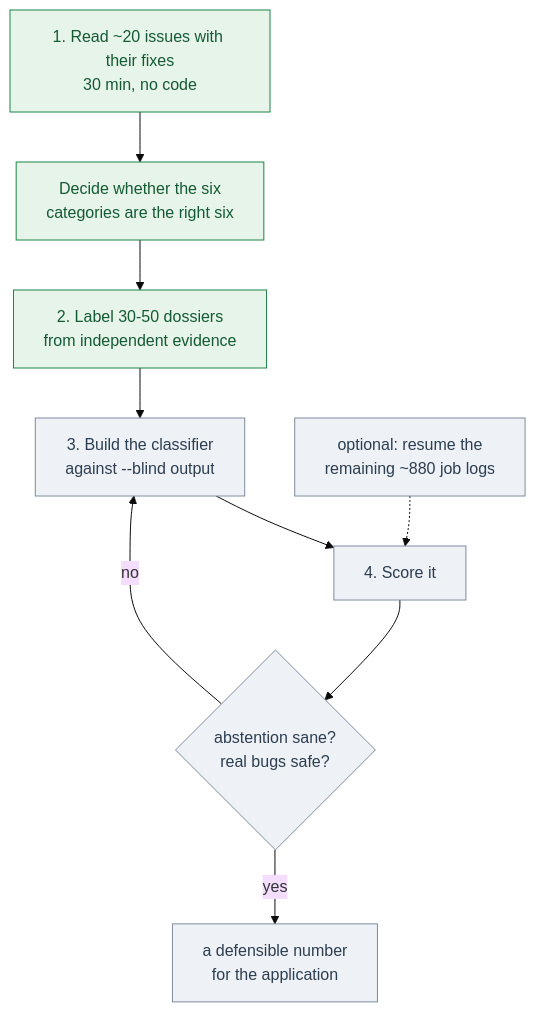
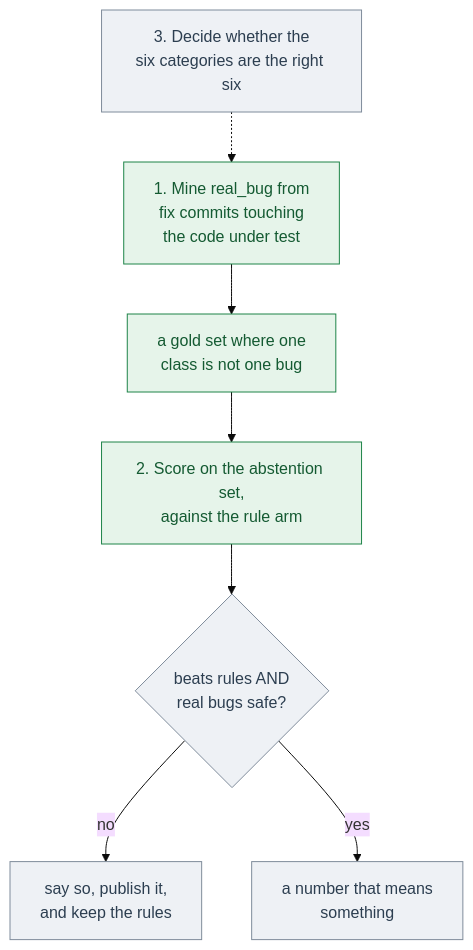
One commit to Somay-kousis/podman-flake-agent changed the fifth of 5 diagrams in docs/HANDBOOK.md. Above: the diagram before and after it, drawn with Mermaid (base theme). The commit also changed other lines of this file and 8 other files, not shown here.

````diff
--- a/docs/HANDBOOK.md
+++ b/docs/HANDBOOK.md
@@ -622,17 +632,15 @@
 ```mermaid
 flowchart TD
-    A["1. Read ~20 issues with their fixes<br/>30 min, no code"] --> B["Decide whether the six<br/>categories are the right six"]
-    B --> C["2. Label 30-50 dossiers<br/>from independent evidence"]
-    C --> D["3. Build the classifier<br/>against --blind output"]
-    D --> E["4. Score it"]
-    E --> F{"abstention sane?<br/>real bugs safe?"}
-    F -->|"no"| D
-    F -->|"yes"| G["a defensible number<br/>for the application"]
+    A["1. Mine real_bug from<br/>fix commits touching<br/>the code under test"] --> B["a gold set where one<br/>class is not one bug"]
+    B --> C["2. Score on the abstention set,<br/>against the rule arm"]
+    C --> D{"beats rules AND<br/>real bugs safe?"}
+    D -->|"no"| E["say so, publish it,<br/>and keep the rules"]
+    D -->|"yes"| F["a number that means<br/>something"]
 
-    H["optional: resume the<br/>remaining ~880 job logs"] -.-> E
+    G["3. Decide whether the<br/>six categories are the right six"] -.-> A
 
     classDef now fill:#e6f4ea,stroke:#1e8449,color:#145a32
     classDef mid fill:#eef1f5,stroke:#7f8c9b,color:#2c3e50
     class A,B,C now
-    class D,E,F,G,H mid
+    class D,E,F,G mid
 ```
````
